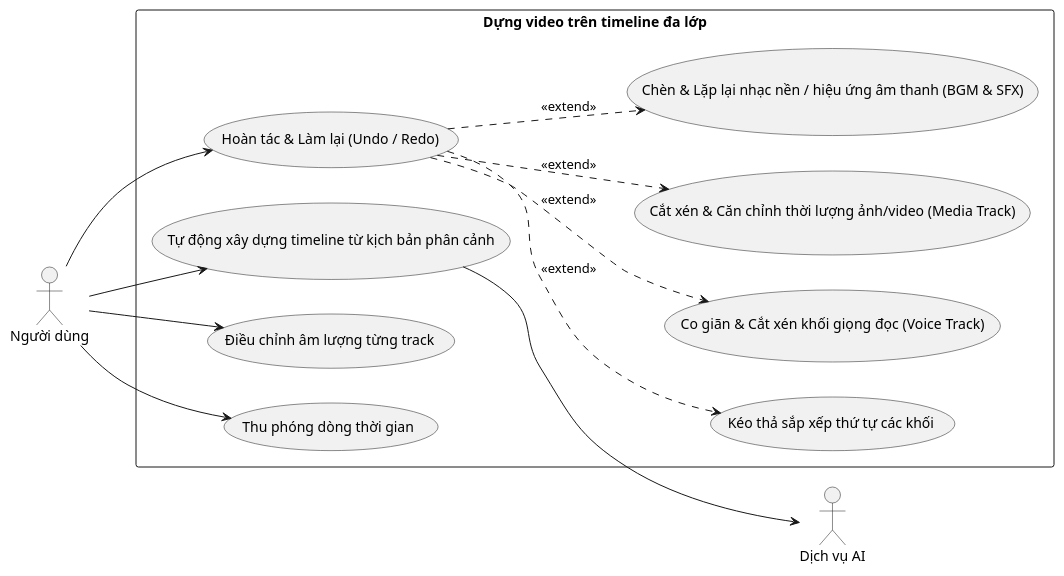
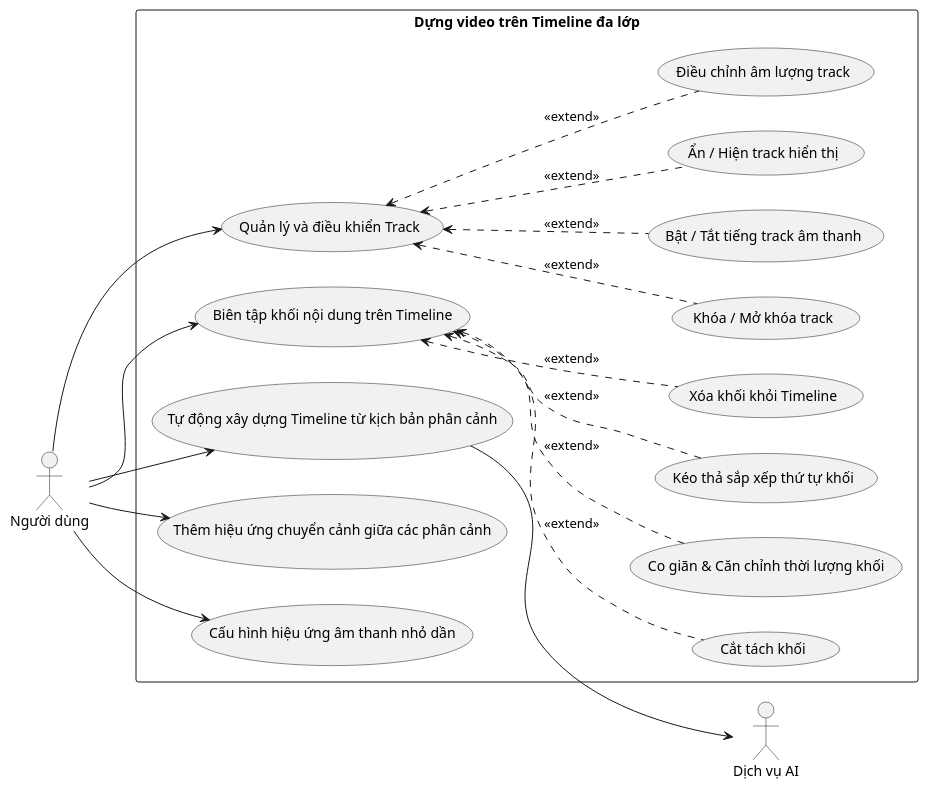
The diagram in docs/bieu-do-uc/bieu-do-uc-chi-tiet/make/dung-va-xuat-video/dung-video-tren-timeline-da-lop.puml (202416852-anhpv/story2video-docs), drawn with PlantUML before and after one commit. The commit also changed 3 other files, not shown here.

```diff
--- a/docs/bieu-do-uc/bieu-do-uc-chi-tiet/make/dung-va-xuat-video/dung-video-tren-timeline-da-lop.puml
+++ b/docs/bieu-do-uc/bieu-do-uc-chi-tiet/make/dung-va-xuat-video/dung-video-tren-timeline-da-lop.puml
@@ -1,30 +1,50 @@
 @startuml dung-video-tren-timeline-da-lop
 left to right direction
 
 actor "Người dùng" as User
 actor "Dịch vụ AI" as AI_Service
 
-rectangle "Dựng video trên timeline đa lớp" {
-    usecase "Tự động xây dựng timeline từ kịch bản phân cảnh" as UC_01
-    usecase "Kéo thả sắp xếp thứ tự các khối" as UC_02
-    usecase "Co giãn & Cắt xén khối giọng đọc (Voice Track)" as UC_03
-    usecase "Cắt xén & Căn chỉnh thời lượng ảnh/video (Media Track)" as UC_04
-    usecase "Chèn & Lặp lại nhạc nền / hiệu ứng âm thanh (BGM & SFX)" as UC_05
-    usecase "Điều chỉnh âm lượng từng track" as UC_06
-    usecase "Thu phóng dòng thời gian" as UC_07
-    usecase "Hoàn tác & Làm lại (Undo / Redo)" as UC_08
+rectangle "Dựng video trên Timeline đa lớp" {
+    ' --- USE CASE MỤC TIÊU CỐT LÕI (SEA LEVEL) ---
+    usecase "Tự động xây dựng Timeline từ kịch bản phân cảnh" as UC_Auto
+    usecase "Quản lý và điều khiển Track" as UC_Track
+    usecase "Biên tập khối nội dung trên Timeline" as UC_Clip
+    usecase "Thêm hiệu ứng chuyển cảnh giữa các phân cảnh" as UC_Trans
+    usecase "Cấu hình hiệu ứng âm thanh nhỏ dần" as UC_Fade
+
+    ' --- CÁC THAO TÁC MỞ RỘNG CỦA TRACK ---
+    usecase "Khóa / Mở khóa track" as UC_Track_Lock
+    usecase "Bật / Tắt tiếng track âm thanh" as UC_Track_Mute
+    usecase "Ẩn / Hiện track hiển thị" as UC_Track_Hide
+    usecase "Điều chỉnh âm lượng track" as UC_Track_Vol
+
+    ' --- CÁC THAO TÁC MỞ RỘNG BIÊN TẬP KHỐI ---
+    usecase "Cắt tách khối" as UC_Clip_Split
+    usecase "Co giãn & Căn chỉnh thời lượng khối" as UC_Clip_Trim
+    usecase "Kéo thả sắp xếp thứ tự khối" as UC_Clip_Move
+    usecase "Xóa khối khỏi Timeline" as UC_Clip_Del
 }
 
-User --> UC_01
-User --> UC_06
-User --> UC_07
-User --> UC_08
+' Người dùng chỉ kết nối tới các mục tiêu chính
+User --> UC_Auto
+User --> UC_Track
+User --> UC_Clip
+User --> UC_Trans
+User --> UC_Fade
 
-UC_01 --> AI_Service
+' Quan hệ mở rộng (Extend) của nhóm Track
+UC_Track <.. UC_Track_Lock : <<extend>>
+UC_Track <.. UC_Track_Mute : <<extend>>
+UC_Track <.. UC_Track_Hide : <<extend>>
+UC_Track <.. UC_Track_Vol  : <<extend>>
 
-UC_08 ..> UC_02 : <<extend>>
-UC_08 ..> UC_03 : <<extend>>
-UC_08 ..> UC_04 : <<extend>>
-UC_08 ..> UC_05 : <<extend>>
+' Quan hệ mở rộng (Extend) của nhóm Biên tập khối
+UC_Clip <.. UC_Clip_Split : <<extend>>
+UC_Clip <.. UC_Clip_Trim  : <<extend>>
+UC_Clip <.. UC_Clip_Move  : <<extend>>
+UC_Clip <.. UC_Clip_Del   : <<extend>>
+
+' AI hỗ trợ khởi tạo
+UC_Auto --> AI_Service
 
 @enduml
```
